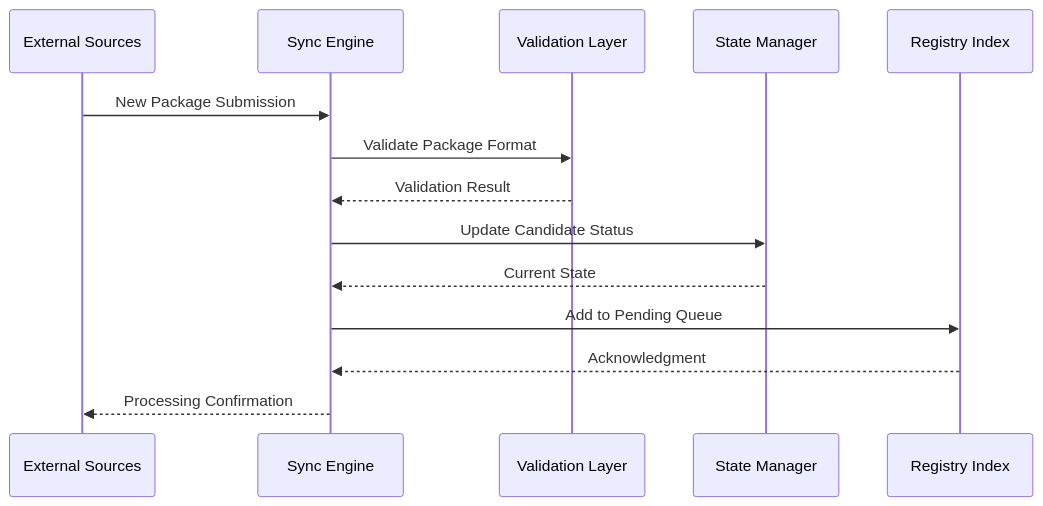
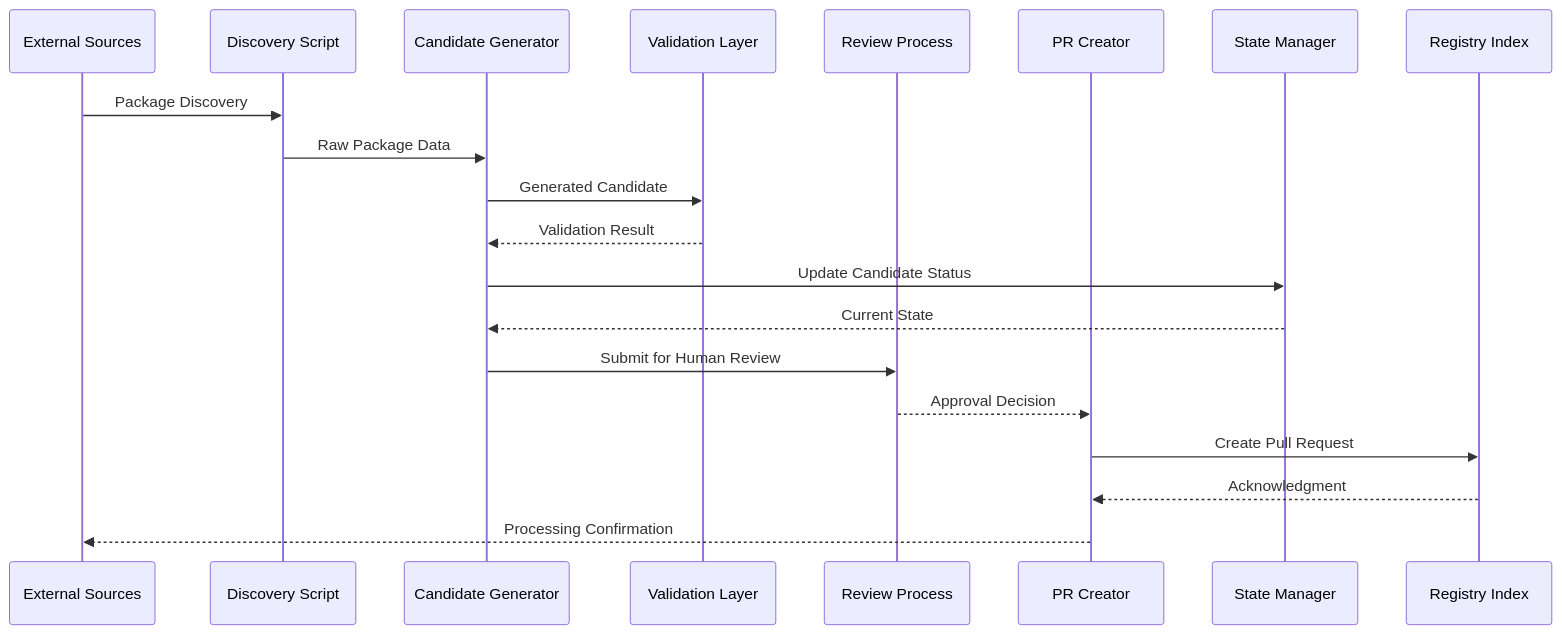
One commit to tonythethompson/numan-registry changed the second of 5 diagrams in .qoder/repowiki/en/content/Registry Operations/Intake Candidates.md. Above: the diagram before and after it, drawn with Mermaid. The commit also changed other lines of this file and 37 other files, not shown here.

Commit message:
Add CLAUDE.md, expand backlog schema, update docs

````diff
--- a/.qoder/repowiki/en/content/Registry Operations/Intake Candidates.md
+++ b/.qoder/repowiki/en/content/Registry Operations/Intake Candidates.md
@@ -110,18 +144,22 @@
 ```mermaid
-
 sequenceDiagram
 participant Source as External Sources
-participant Sync as Sync Engine
+participant Discover as Discovery Script
+participant Generator as Candidate Generator
 participant Validator as Validation Layer
+participant Review as Review Process
+participant PR as PR Creator
 participant State as State Manager
 participant Registry as Registry Index
-Source->>Sync : New Package Submission
-Sync->>Validator : Validate Package Format
-Validator-->>Sync : Validation Result
-Sync->>State : Update Candidate Status
-State-->>Sync : Current State
-Sync->>Registry : Add to Pending Queue
-Registry-->>Sync : Acknowledgment
-Sync-->>Source : Processing Confirmation
-
+Source->>Discover : Package Discovery
+Discover->>Generator : Raw Package Data
+Generator->>Validator : Generated Candidate
+Validator-->>Generator : Validation Result
+Generator->>State : Update Candidate Status
+State-->>Generator : Current State
+Generator->>Review : Submit for Human Review
+Review-->>PR : Approval Decision
+PR->>Registry : Create Pull Request
+Registry-->>PR : Acknowledgment
+PR-->>Source : Processing Confirmation
 ```
````
